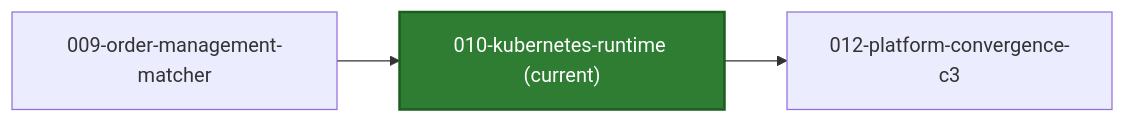
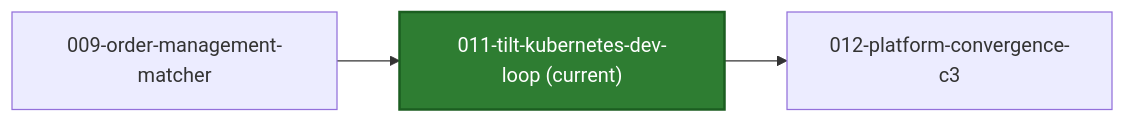
The second of 2 diagrams in README.md (azure-octo/traderX), drawn with Mermaid before and after one commit. The commit also changed other lines of this file and 94 other files, not shown here.

First line of the commit message:
snapshot: 011-tilt-kubernetes-dev-loop generated from a41e87908ebf8e9d2cd385280eacced32887bb1e

````diff
--- a/README.md
+++ b/README.md
@@ -52,12 +52,12 @@
 ```mermaid
 flowchart LR
-  C_CUR["010-kubernetes-runtime (current)"]
+  C_CUR["011-tilt-kubernetes-dev-loop (current)"]
   style C_CUR fill:#2e7d32,stroke:#1b5e20,color:#ffffff,stroke-width:2px
   C_PREV_009_order_management_matcher["009-order-management-matcher"] --> C_CUR
   click C_PREV_009_order_management_matcher href "https://github.com/finos/traderX/tree/code%2Fgenerated-state-009-order-management-matcher" "Open branch"
-  %% compare: https://github.com/finos/traderX/compare/code%2Fgenerated-state-009-order-management-matcher...code%2Fgenerated-state-010-kubernetes-runtime
+  %% compare: https://github.com/finos/traderX/compare/code%2Fgenerated-state-009-order-management-matcher...code%2Fgenerated-state-011-tilt-kubernetes-dev-loop
   C_CUR --> C_NEXT_012_platform_convergence_c3["012-platform-convergence-c3"]
   click C_NEXT_012_platform_convergence_c3 href "https://github.com/finos/traderX/tree/code%2Fgenerated-state-012-platform-convergence-c3" "Open branch"
-  %% compare: https://github.com/finos/traderX/compare/code%2Fgenerated-state-010-kubernetes-runtime...code%2Fgenerated-state-012-platform-convergence-c3
-  click C_CUR href "https://github.com/finos/traderX/tree/code%2Fgenerated-state-010-kubernetes-runtime" "Open current branch"
+  %% compare: https://github.com/finos/traderX/compare/code%2Fgenerated-state-011-tilt-kubernetes-dev-loop...code%2Fgenerated-state-012-platform-convergence-c3
+  click C_CUR href "https://github.com/finos/traderX/tree/code%2Fgenerated-state-011-tilt-kubernetes-dev-loop" "Open current branch"
 ```
````
